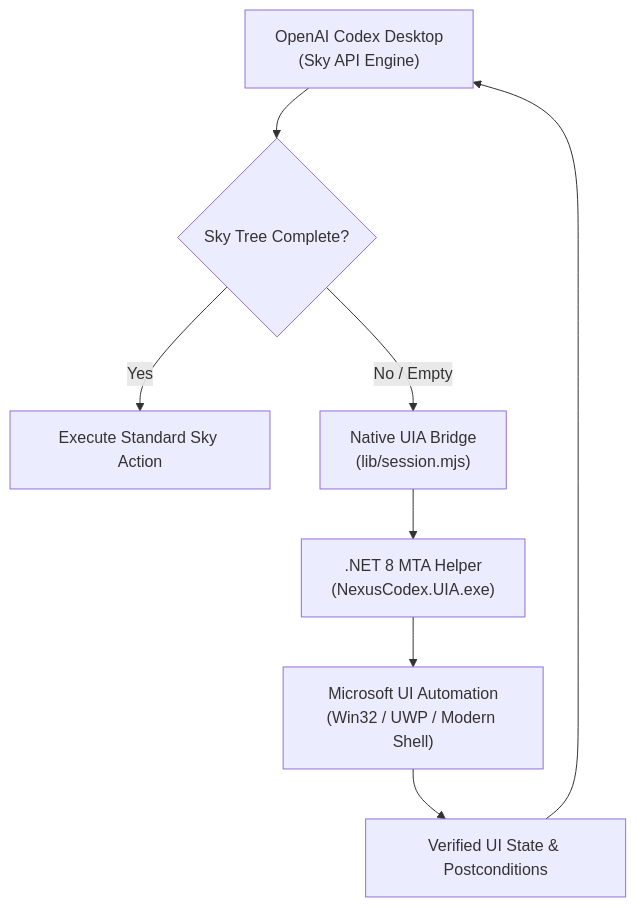
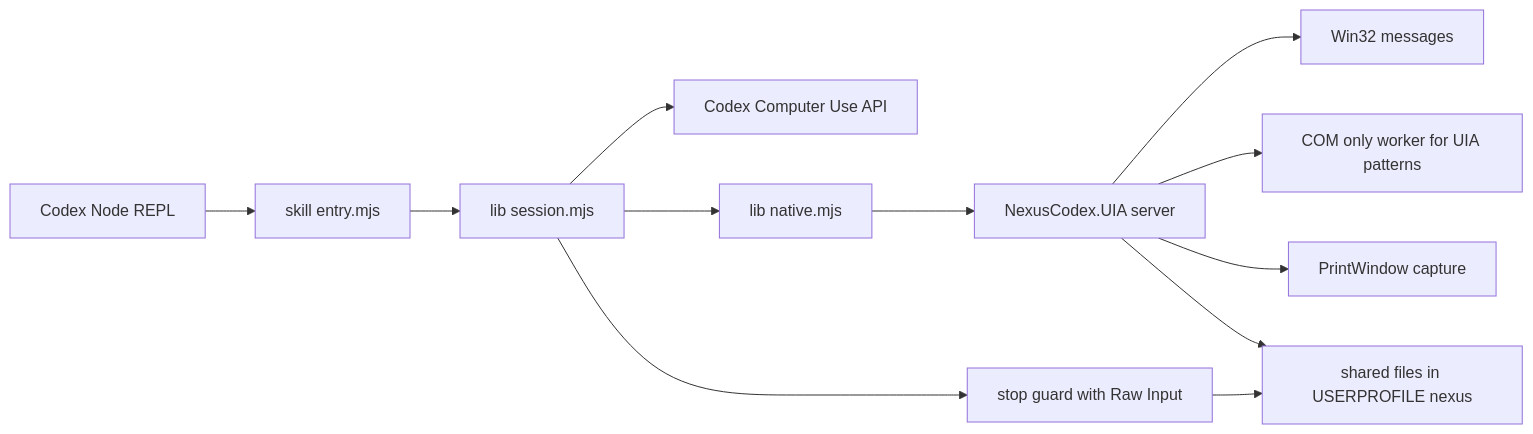
One commit to pironjulien/NexusWindows-Codex changed the diagram in README.md. Above: the diagram before and after it, drawn with Mermaid. The commit also changed other lines of this file and 32 other files, not shown here.

Commit message:
Update to 1.3.0: background-first actions, COM-only UIA worker, PrintWindow capture, actBatch, related windows, Raw Input presence, shared foreground token and emergency stop; add install.ps1, rewrite README

````diff
--- a/README.md
+++ b/README.md
@@ -38,10 +108,14 @@
 ```mermaid
-flowchart TD
-    A["OpenAI Codex Desktop<br>(Sky API Engine)"] --> B{"Sky Tree Complete?"}
-    B -- Yes --> C["Execute Standard Sky Action"]
-    B -- No / Empty --> D["Native UIA Bridge<br>(lib/session.mjs)"]
-    D --> E[".NET 8 MTA Helper<br>(NexusCodex.UIA.exe)"]
-    E --> F["Microsoft UI Automation<br>(Win32 / UWP / Modern Shell)"]
-    F --> G["Verified UI State & Postconditions"]
-    G --> A
+flowchart LR
+    Codex["Codex Node REPL"] --> Skill["skill entry.mjs"]
+    Skill --> Session["lib session.mjs"]
+    Session --> Sky["Codex Computer Use API"]
+    Session --> Native["lib native.mjs"]
+    Native --> Helper["NexusCodex.UIA server"]
+    Helper --> Messages["Win32 messages"]
+    Helper --> ComWorker["COM only worker for UIA patterns"]
+    Helper --> Capture["PrintWindow capture"]
+    Session --> Guard["stop guard with Raw Input"]
+    Guard --> Shared["shared files in USERPROFILE nexus"]
+    Helper --> Shared
 ```
````
